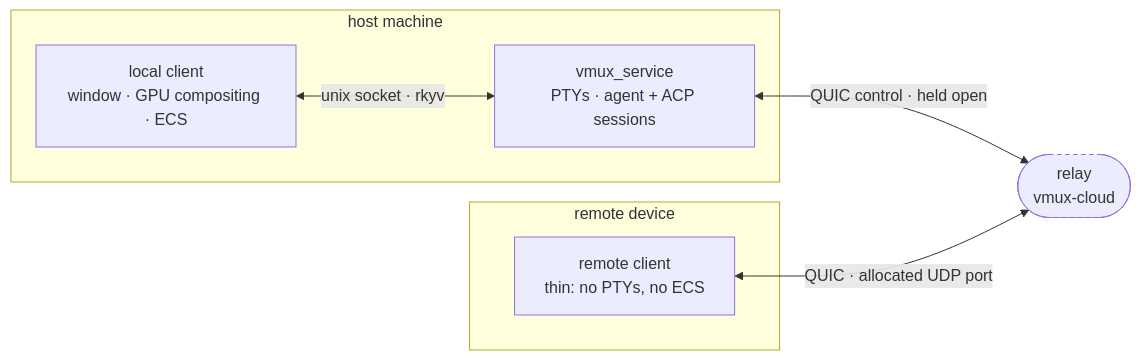
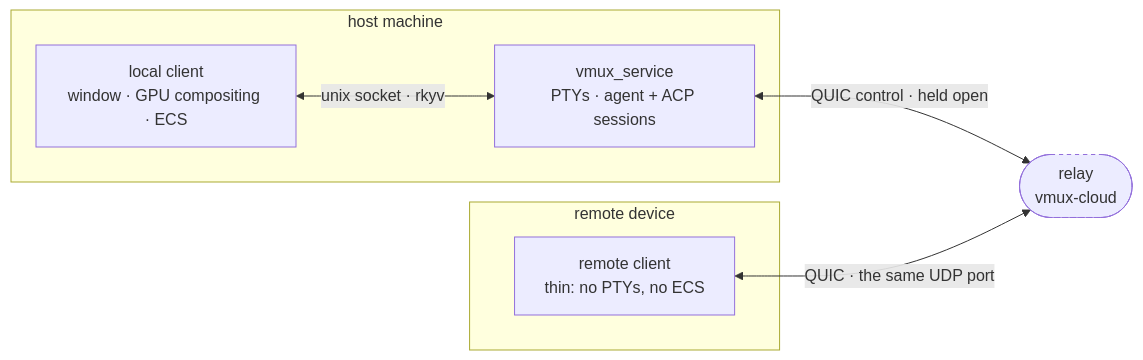
Before and after one commit to vmux-ai/vmux: the first of 2 diagrams in docs/architecture/topology.md, drawn with Mermaid. The commit also changed other lines of this file and 1 other file, not shown here.

First line of the commit message:
docs: the relay routes by identity, not by an allocated port

````diff
--- a/docs/architecture/topology.md
+++ b/docs/architecture/topology.md
@@ -25,19 +25,19 @@
 ```mermaid
 flowchart LR
     subgraph host["host machine"]
         service["vmux_service<br/>PTYs · agent + ACP sessions"]
         local["local client<br/>window · GPU compositing · ECS"]
         local <-->|"unix socket · rkyv"| service
     end
 
     subgraph device["remote device"]
         remote["remote client<br/>thin: no PTYs, no ECS"]
     end
 
     relay(["relay<br/>vmux-cloud"])
 
     service <-->|"QUIC control · held open"| relay
-    remote <-->|"QUIC · allocated UDP port"| relay
+    remote <-->|"QUIC · the same UDP port"| relay
 
     style relay stroke-dasharray: 4 4
 ```
````
